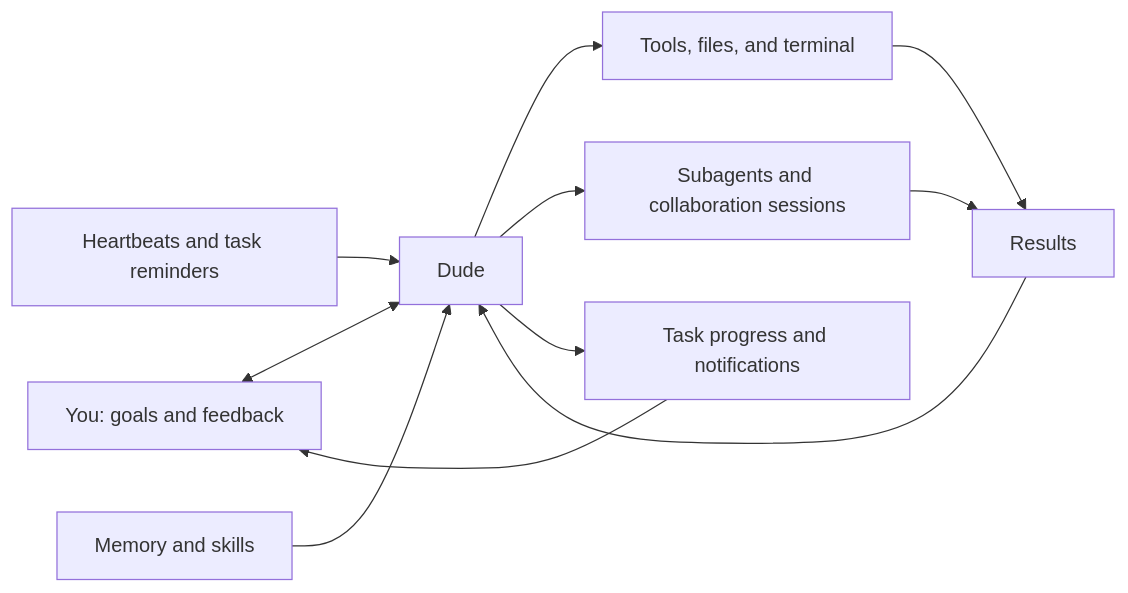
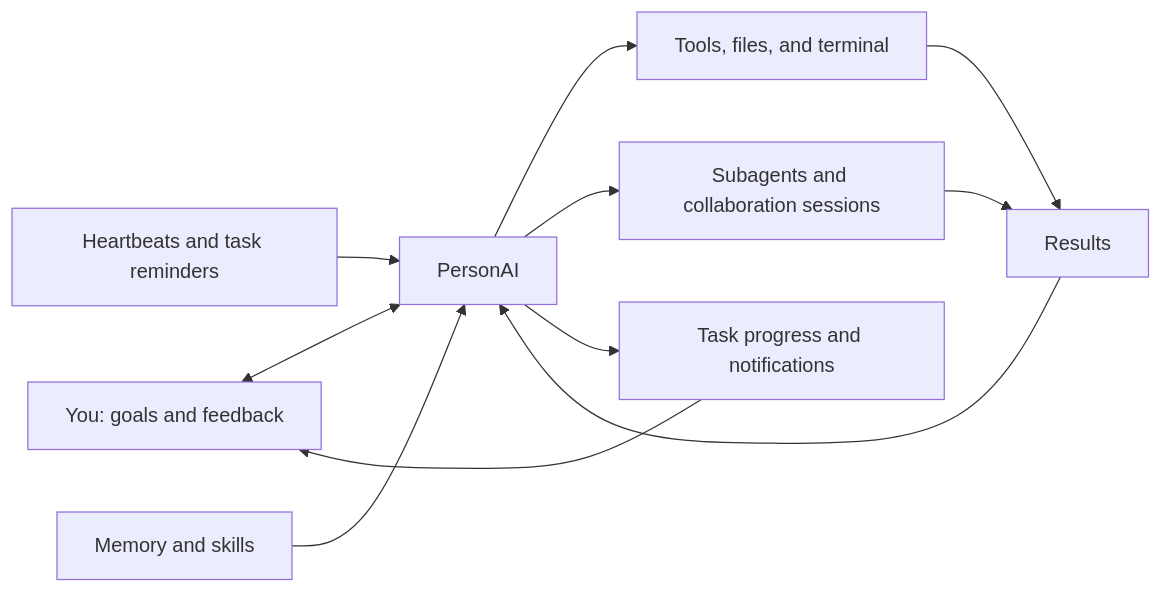
Before and after one commit to Penglai-Link/Tron-Harness: the diagram in README.en.md, drawn with Mermaid. The commit also changed other lines of this file and 236 other files, not shown here.

First line of the commit message:
refactor(brand): rename Dude to PersonAI and 好兄弟 to 个人助手

````diff
--- a/README.en.md
+++ b/README.en.md
@@ -60,13 +60,13 @@
 ```mermaid
 flowchart LR
-    User[You: goals and feedback] <--> Dude[Dude]
-    Dude --> Tools[Tools, files, and terminal]
-    Dude --> Agents[Subagents and collaboration sessions]
+    User[You: goals and feedback] <--> PersonAI[PersonAI]
+    PersonAI --> Tools[Tools, files, and terminal]
+    PersonAI --> Agents[Subagents and collaboration sessions]
     Tools --> Results[Results]
     Agents --> Results
-    Results --> Dude
-    Dude --> Tasks[Task progress and notifications]
+    Results --> PersonAI
+    PersonAI --> Tasks[Task progress and notifications]
     Tasks --> User
-    Wake[Heartbeats and task reminders] --> Dude
-    Memory[Memory and skills] --> Dude
+    Wake[Heartbeats and task reminders] --> PersonAI
+    Memory[Memory and skills] --> PersonAI
 ```
````
